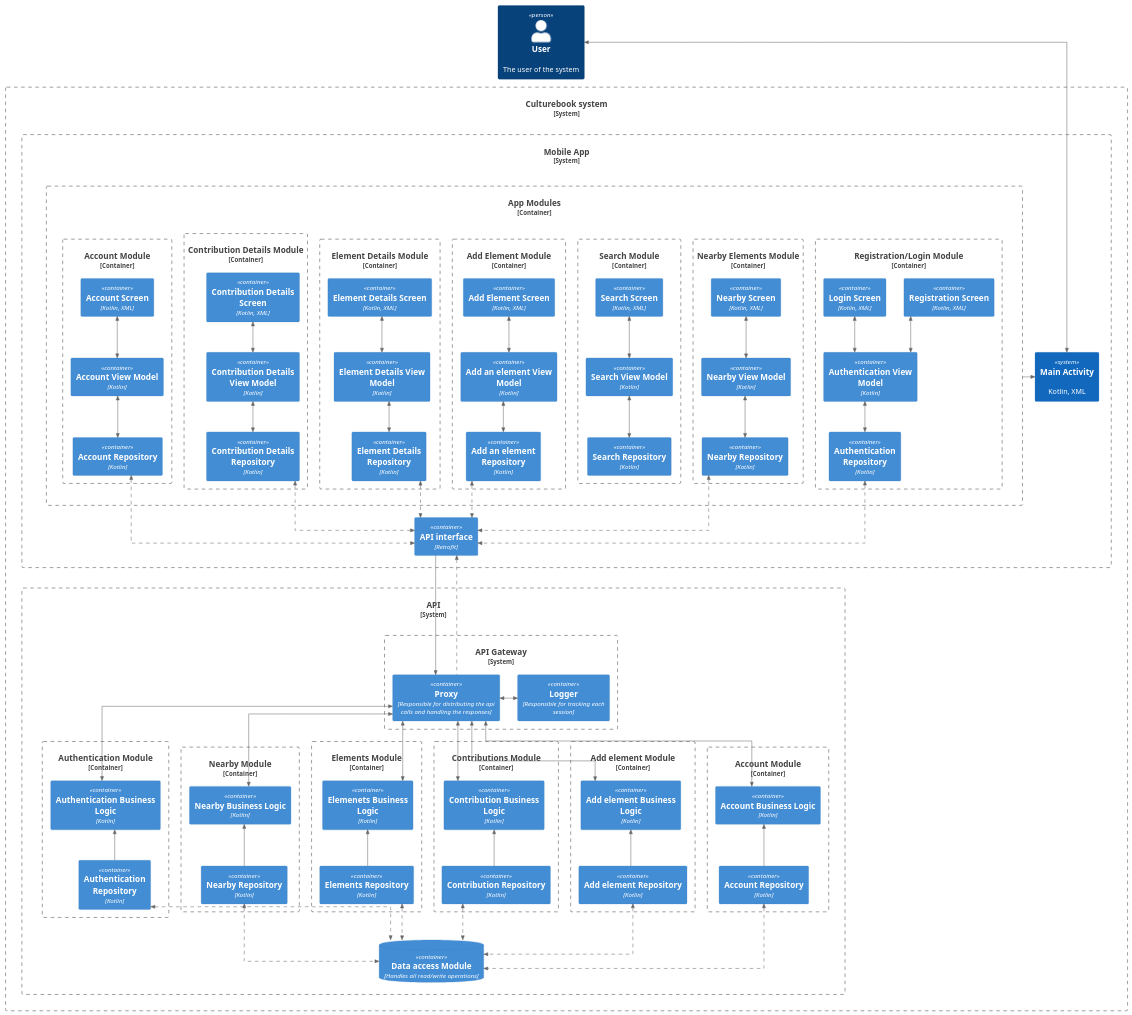
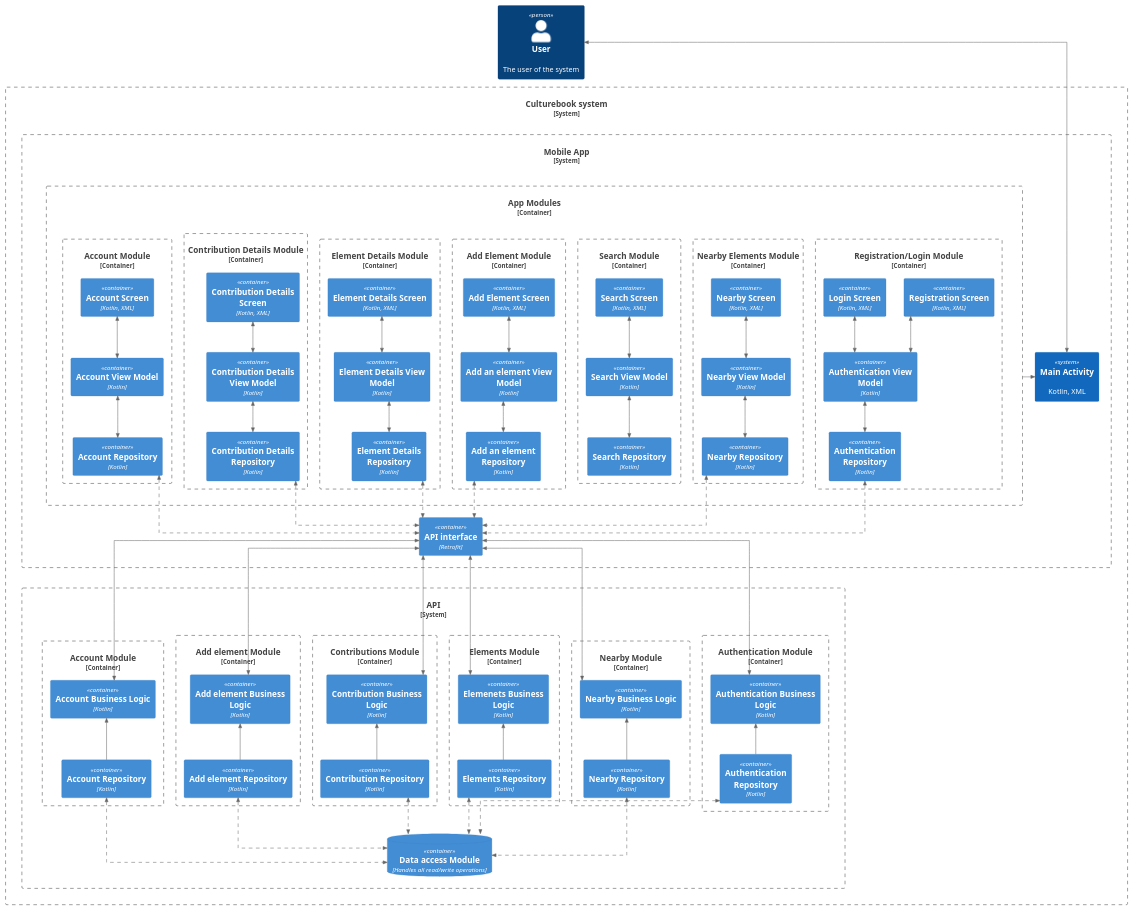
The diagram in c3.puml (Culture-Book/docs), drawn with PlantUML before and after one commit. The commit also changed 12 other files, not shown here.

Commit message:
diagrams update and logo update

```diff
--- a/c3.puml
+++ b/c3.puml
@@ -1,169 +1,156 @@
 @startuml
 !include <C4/C4_Container>
 skinparam linetype ortho
 
 ' Style
 AddRelTag("response_tag", $lineStyle = DashedLine())
 
 Person(user, "User", "The user of the system")
 
 System_Boundary(local, "Culturebook system") {
     ' Client
 
     System_Boundary(client_bound, "Mobile App") {
         
         System(activity, "Main Activity", "Kotlin, XML")
         Container_Boundary(modules, "App Modules") {
             Container_Boundary(registerModule, "Registration/Login Module") {
                 Container(registerScreen, "Registration Screen", "Kotlin, XML")
                 Container(loginScreen, "Login Screen", "Kotlin, XML")
                 Container(authVM, "Authentication View Model", "Kotlin")
                 Container(authRepo, "Authentication Repository", "Kotlin")
             }
 
             Container_Boundary(nearbyModule, "Nearby Elements Module") {
                 Container(nearbyScreen, "Nearby Screen", "Kotlin, XML")
                 Container(nearbyVM, "Nearby View Model", "Kotlin")
                 Container(nearbyRepo, "Nearby Repository", "Kotlin")
             }
 
             Container_Boundary(searchModule, "Search Module") {
                 Container(searchScreen, "Search Screen", "Kotlin, XML")
                 Container(searchVM, "Search View Model", "Kotlin")
                 Container(searchRepo, "Search Repository", "Kotlin")
             }
 
             Container_Boundary(addElementModule, "Add Element Module") {
                 Container(addElementScreen, "Add Element Screen", "Kotlin, XML")
                 Container(addVM, "Add an element View Model", "Kotlin")
                 Container(addRepo, "Add an element Repository", "Kotlin")
             }
 
             Container_Boundary(elementDetailsModule, "Element Details Module") {
                 Container(elementDetailsScreen, "Element Details Screen", "Kotlin, XML")
                 Container(elementVM, "Element Details View Model", "Kotlin")
                 Container(elementRepo, "Element Details Repository", "Kotlin")
             }
 
             Container_Boundary(contrDetailsModule, "Contribution Details Module" ) {
                 Container(contributionDetailsScreen, "Contribution Details Screen", "Kotlin, XML")
                 Container(contributionVM, "Contribution Details View Model", "Kotlin")
                 Container(contributionRepo, "Contribution Details Repository", "Kotlin")
             }
 
             Container_Boundary(accountModule, "Account Module") {
                 Container(accountScreen, "Account Screen", "Kotlin, XML")
                 Container(accountVM, "Account View Model", "Kotlin")
                 Container(accountRepo, "Account Repository", "Kotlin")
             }
         }
 
         Container(api_interface, "API interface", "Retrofit")
         
         ' Relations
         
         BiRel_U(api_interface, authRepo, " ", $tags="response_tag")
         BiRel_U(api_interface, nearbyRepo, " ", $tags="response_tag")
         BiRel_U(api_interface, elementRepo, " ", $tags="response_tag")
         BiRel_U(api_interface, contributionRepo, " ", $tags="response_tag")
         BiRel_U(api_interface, addRepo, " ", $tags="response_tag")
         BiRel_U(api_interface, accountRepo, " ", $tags="response_tag")
 
         BiRel_D(authVM, authRepo, " ")
         BiRel_D(nearbyVM, nearbyRepo, " ")
         BiRel_D(elementVM, elementRepo, " ")
         BiRel_D(contributionVM, contributionRepo, " ")
         BiRel_D(addVM, addRepo, " ")
         BiRel_D(accountVM, accountRepo, " ")
         BiRel_D(searchVM, searchRepo, " ")
 
         BiRel_D(registerScreen, authVM, " ")
         BiRel_D(loginScreen, authVM, " ")
         BiRel_D(nearbyScreen, nearbyVM, " ")
         BiRel_D(elementDetailsScreen, elementVM, " ")
         BiRel_D(contributionDetailsScreen, contributionVM, " ")
         BiRel_D(addElementScreen, addVM, " ")
         BiRel_D(accountScreen, accountVM, " ")
         BiRel_D(searchScreen, searchVM, " ")
 
         Rel(modules, activity, " ")
     }
 
     ' Backend
     System_Boundary(api_bound, "API") {
-        System_Boundary(api_gw, "API Gateway") {
-            Container(load_balance, "Proxy", "Responsible for distributing the api calls and handling the responses")
-            Container(logger, "Logger", "Responsible for tracking each session")
-
-            ' Relations
-            BiRel_R(load_balance, logger, " ")
-        }
-        
-        
         Container_Boundary(auth, "Authentication Module") {
             Container(auth_model, "Authentication Repository", "Kotlin")
             Container(auth_logic, "Authentication Business Logic", "Kotlin")
             Rel_U(auth_model, auth_logic, " ")
         }
 
         Container_Boundary(nearby, "Nearby Module") {
             Container(nearby_model, "Nearby Repository", "Kotlin")
             Container(nearby_logic, "Nearby Business Logic", "Kotlin")
             Rel_U(nearby_model, nearby_logic, " ")
         }
 
         Container_Boundary(element, "Elements Module") {
             Container(element_model, "Elements Repository", "Kotlin")
             Container(element_logic, "Elemenets Business Logic", "Kotlin")
             Rel_U(element_model, element_logic, " ")
         }
 
         Container_Boundary(contribution, "Contributions Module") {
             Container(contr_model, "Contribution Repository", "Kotlin")
             Container(contr_logic, "Contribution Business Logic", "Kotlin")
             Rel_U(contr_model, contr_logic, " ")
         }
 
         Container_Boundary(add_element, "Add element Module") {
             Container(add_model, "Add element Repository", "Kotlin")
             Container(add_logic, "Add element Business Logic", "Kotlin")
             Rel_U(add_model, add_logic, " ")
         }
 
         Container_Boundary(account, "Account Module") {
             Container(account_model, "Account Repository", "Kotlin")
             Container(account_logic, "Account Business Logic", "Kotlin")
             Rel_U(account_model, account_logic, " ")
         }
 
         ContainerDb(db, "Data access Module", "Handles all read/write operations")
         
         ' Relations
 
-        BiRel_D(load_balance, auth_logic, " ")
-        BiRel_D(load_balance, nearby_logic, " ")
-        BiRel_D(load_balance, element_logic, " ")
-        BiRel_D(load_balance, contr_logic, " ")
-        BiRel_D(load_balance, add_logic, " ")
-        BiRel_D(load_balance, account_logic, " ")
+        BiRel_D(api_interface, auth_logic, " ")
+        BiRel_D(api_interface, nearby_logic, " ")
+        BiRel_D(api_interface, element_logic, " ")
+        BiRel_D(api_interface, contr_logic, " ")
+        BiRel_D(api_interface, add_logic, " ")
+        BiRel_D(api_interface, account_logic, " ")
 
         BiRel_U(db, auth_model, " ", $tags="response_tag")
         BiRel_U(db, nearby_model, " ", $tags="response_tag")
         BiRel_U(db, element_model, " ", $tags="response_tag")
         BiRel_U(db, contr_model, " ", $tags="response_tag")
         BiRel_U(db, add_model, " ", $tags="response_tag")
         BiRel_U(db, account_model, " ", $tags="response_tag")
     }
 }
 
 ' Layout & Styles
 Lay_U(client_bound, user)
 Lay_U(api_bound, client_bound)
 
-' Api Relations
-Rel_D(api_interface, load_balance, " ")
-Rel_U(load_balance, api_interface, " ", $tags="response_tag")
-
 ' User relations
 BiRel(user, activity, " ")
 @enduml
```
